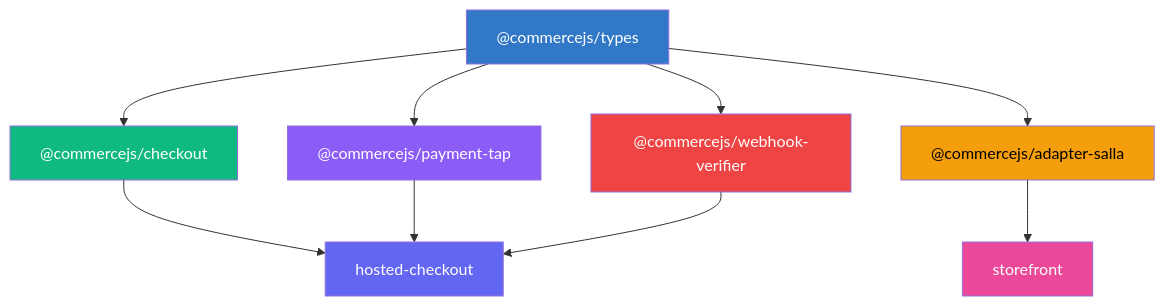
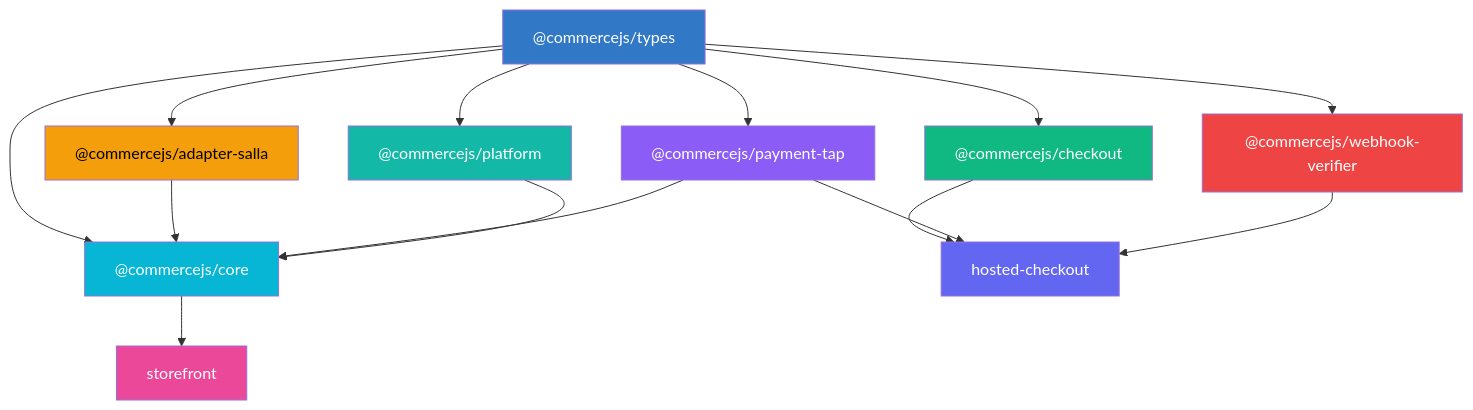
One commit to commerce-js/commerce.js changed the diagram in README.md. Above: the diagram before and after it, drawn with Mermaid. The commit also changed other lines of this file and 138 other files, not shown here.

Commit message:
feat: Introduce the new `platform` package, including Prisma and Drizzle database integrations, domain logic, and `core` package updates.

````diff
--- a/README.md
+++ b/README.md
@@ -60,19 +63,26 @@
 ```mermaid
 graph TD
     A["@commercejs/types"] --> B["@commercejs/checkout"]
     A --> C["@commercejs/payment-tap"]
     A --> D["@commercejs/adapter-salla"]
     A --> E["@commercejs/webhook-verifier"]
+    A --> H["@commercejs/core"]
+    A --> I["@commercejs/platform"]
+    D --> H
+    C --> H
+    I --> H
     B --> F["hosted-checkout"]
     C --> F
     E --> F
-    D --> G["storefront"]
+    H --> G["storefront"]
 
     style A fill:#3178C6,color:#fff
     style B fill:#10B981,color:#fff
     style C fill:#8B5CF6,color:#fff
     style D fill:#F59E0B,color:#000
     style E fill:#EF4444,color:#fff
     style F fill:#6366F1,color:#fff
     style G fill:#EC4899,color:#fff
+    style H fill:#06B6D4,color:#fff
+    style I fill:#14B8A6,color:#fff
 ```
````
